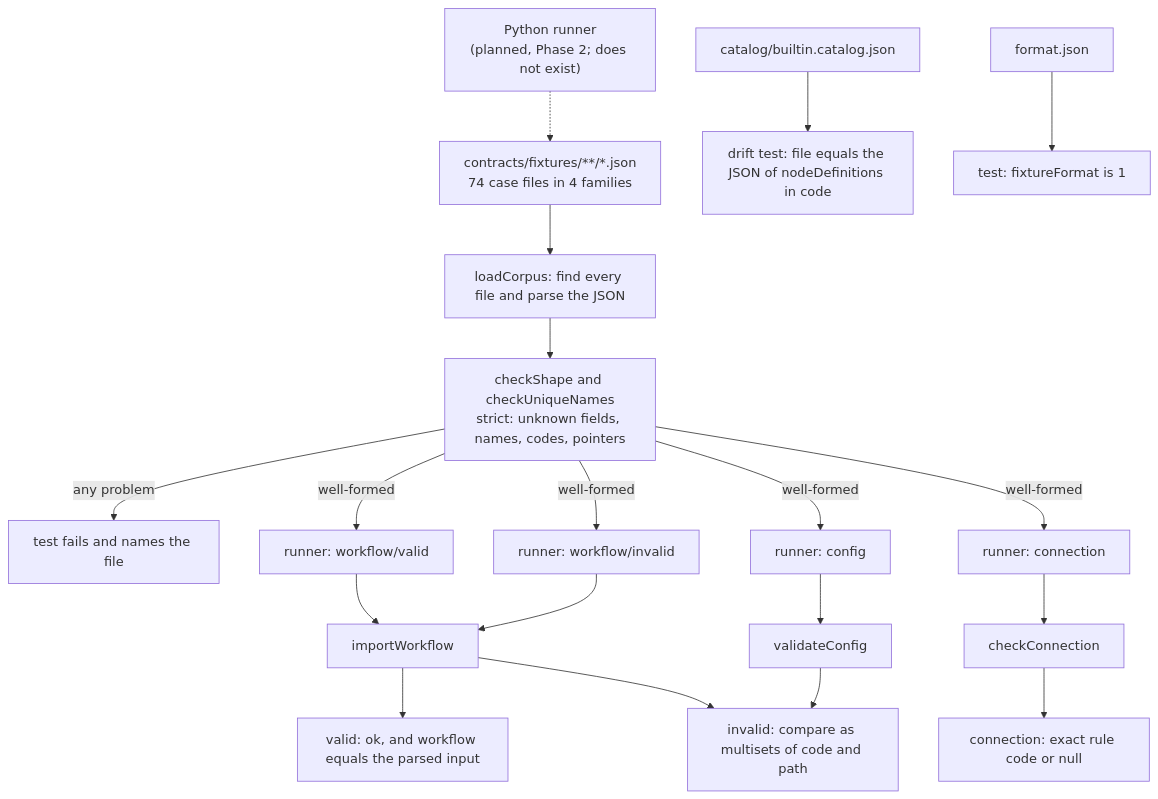
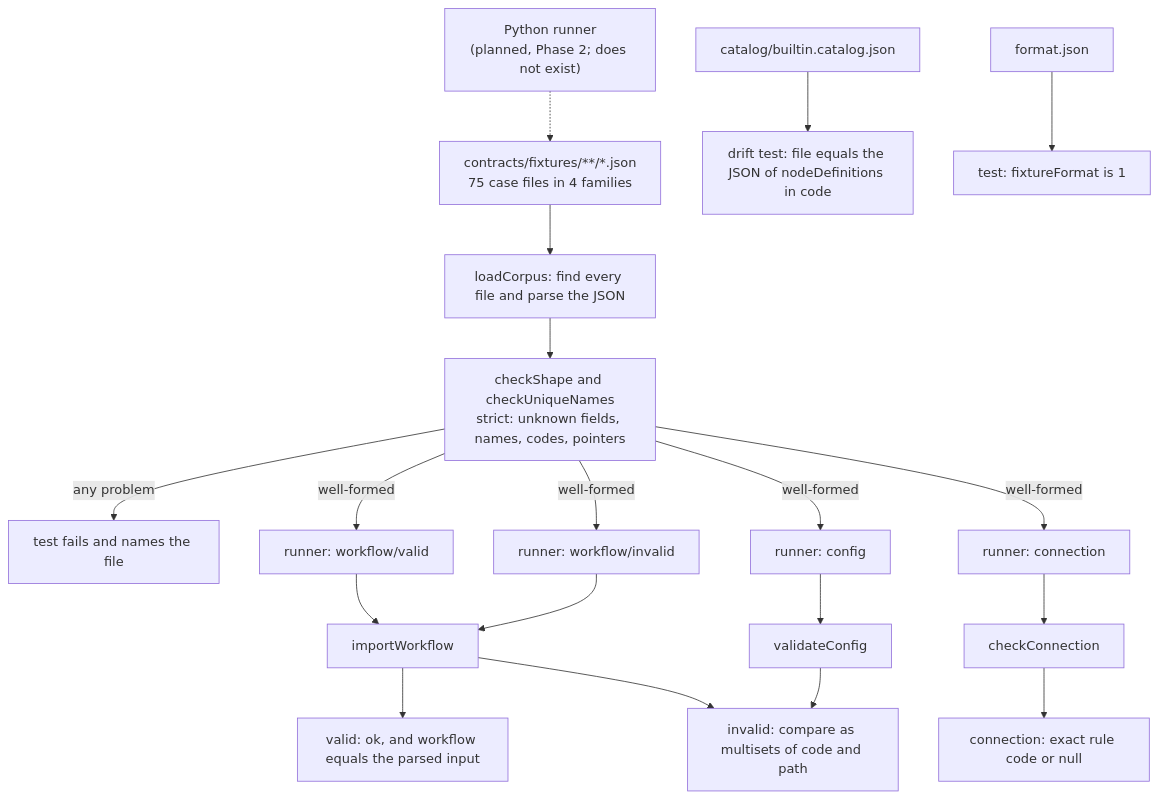
Before and after one commit to shailovesingh/AgentForge: the fourth of 4 diagrams in docs/LEARNING_GUIDE.md, drawn with Mermaid. The commit also changed other lines of this file and 3 other files, not shown here.

````diff
--- a/docs/LEARNING_GUIDE.md
+++ b/docs/LEARNING_GUIDE.md
@@ -588,21 +588,21 @@
 ```mermaid
 flowchart TD
-  F["contracts/fixtures/**/*.json<br/>74 case files in 4 families"] --> L["loadCorpus: find every file and parse the JSON"]
+  F["contracts/fixtures/**/*.json<br/>75 case files in 4 families"] --> L["loadCorpus: find every file and parse the JSON"]
   L --> S["checkShape and checkUniqueNames<br/>strict: unknown fields, names, codes, pointers"]
   S -- "any problem" --> X["test fails and names the file"]
   S -- "well-formed" --> RV["runner: workflow/valid"]
   S -- "well-formed" --> RI["runner: workflow/invalid"]
   S -- "well-formed" --> RC["runner: connection"]
   S -- "well-formed" --> RG["runner: config"]
   RV --> IMP["importWorkflow"]
   RI --> IMP
   RC --> CHK["checkConnection"]
   RG --> VAL["validateConfig"]
   IMP --> CV["valid: ok, and workflow equals the parsed input"]
   IMP --> CM["invalid: compare as multisets of code and path"]
   VAL --> CM
   CHK --> CS["connection: exact rule code or null"]
   CAT["catalog/builtin.catalog.json"] --> DR["drift test: file equals the JSON of nodeDefinitions in code"]
   FM["format.json"] --> FC["test: fixtureFormat is 1"]
   PY["Python runner<br/>(planned, Phase 2; does not exist)"] -.-> F
 ```
````
